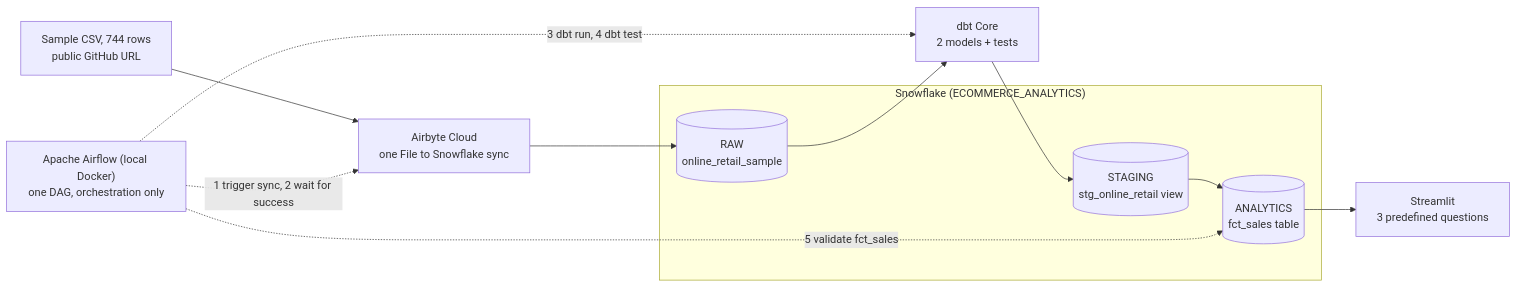
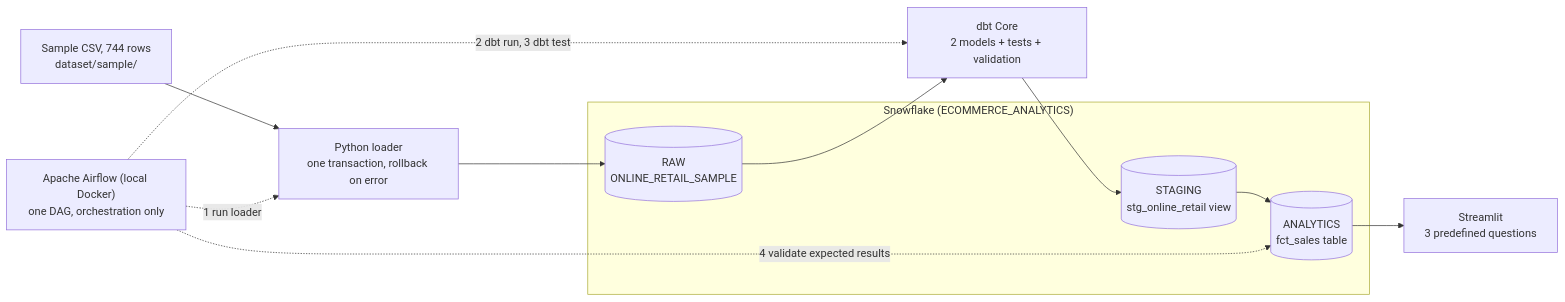
The diagram in architecture/pipeline_architecture.md (neilsenvaz10/E-Commerce-Sales-Analytics-and-Data-Engineering-Pipeline), drawn with Mermaid before and after one commit. The commit also changed other lines of this file and 21 other files, not shown here.

First line of the commit message:
feat: Python ingestion into Snowflake, dbt validation, Streamlit and Airflow DAG (Airflow dbt step still failing)

````diff
--- a/architecture/pipeline_architecture.md
+++ b/architecture/pipeline_architecture.md
@@ -5,24 +5,24 @@
 ```mermaid
 flowchart LR
-    CSV["Sample CSV, 744 rows<br/>public GitHub URL"]
-    AB["Airbyte Cloud<br/>one File to Snowflake sync"]
+    CSV["Sample CSV, 744 rows<br/>dataset/sample/"]
+    PY["Python loader<br/>one transaction, rollback on error"]
 
     subgraph SF["Snowflake (ECOMMERCE_ANALYTICS)"]
-        RAW[("RAW<br/>online_retail_sample")]
+        RAW[("RAW<br/>ONLINE_RETAIL_SAMPLE")]
         STG[("STAGING<br/>stg_online_retail view")]
         FCT[("ANALYTICS<br/>fct_sales table")]
     end
 
-    DBT["dbt Core<br/>2 models + tests"]
+    DBT["dbt Core<br/>2 models + tests + validation"]
     ST["Streamlit<br/>3 predefined questions"]
     AF["Apache Airflow (local Docker)<br/>one DAG, orchestration only"]
 
-    CSV --> AB --> RAW
+    CSV --> PY --> RAW
     RAW --> DBT
     DBT --> STG --> FCT
     FCT --> ST
 
-    AF -. 1 trigger sync, 2 wait for success .-> AB
-    AF -. 3 dbt run, 4 dbt test .-> DBT
-    AF -. 5 validate fct_sales .-> FCT
+    AF -. 1 run loader .-> PY
+    AF -. 2 dbt run, 3 dbt test .-> DBT
+    AF -. 4 validate expected results .-> FCT
 ```
````
